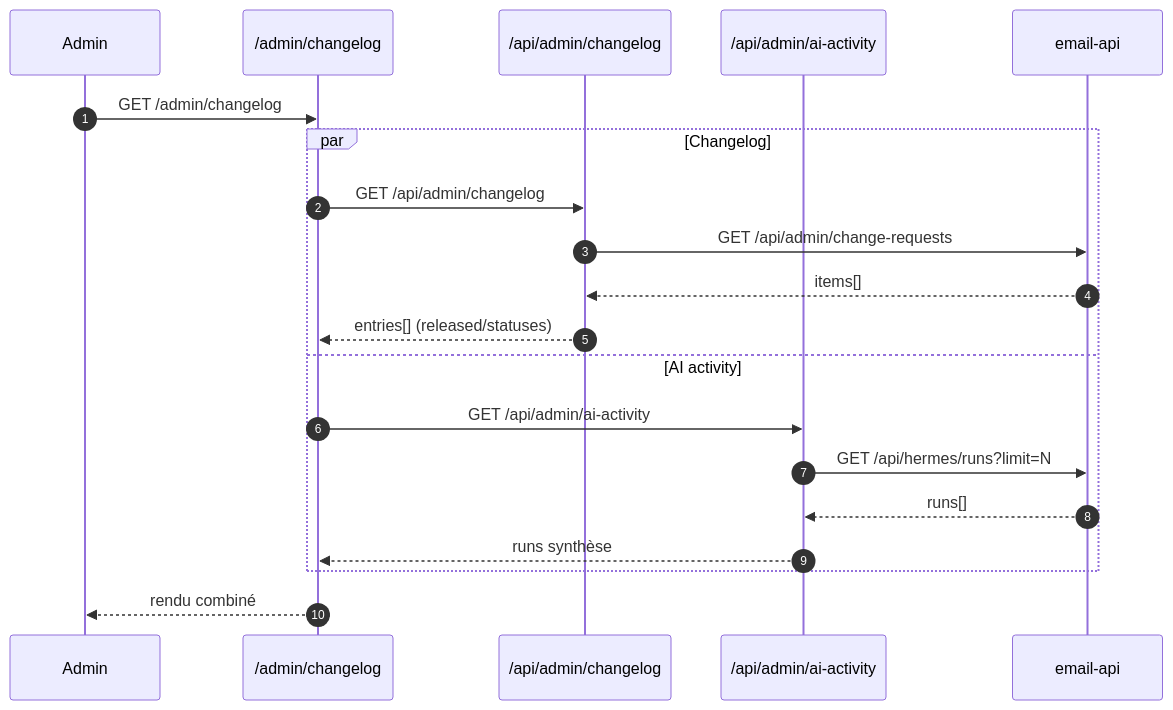
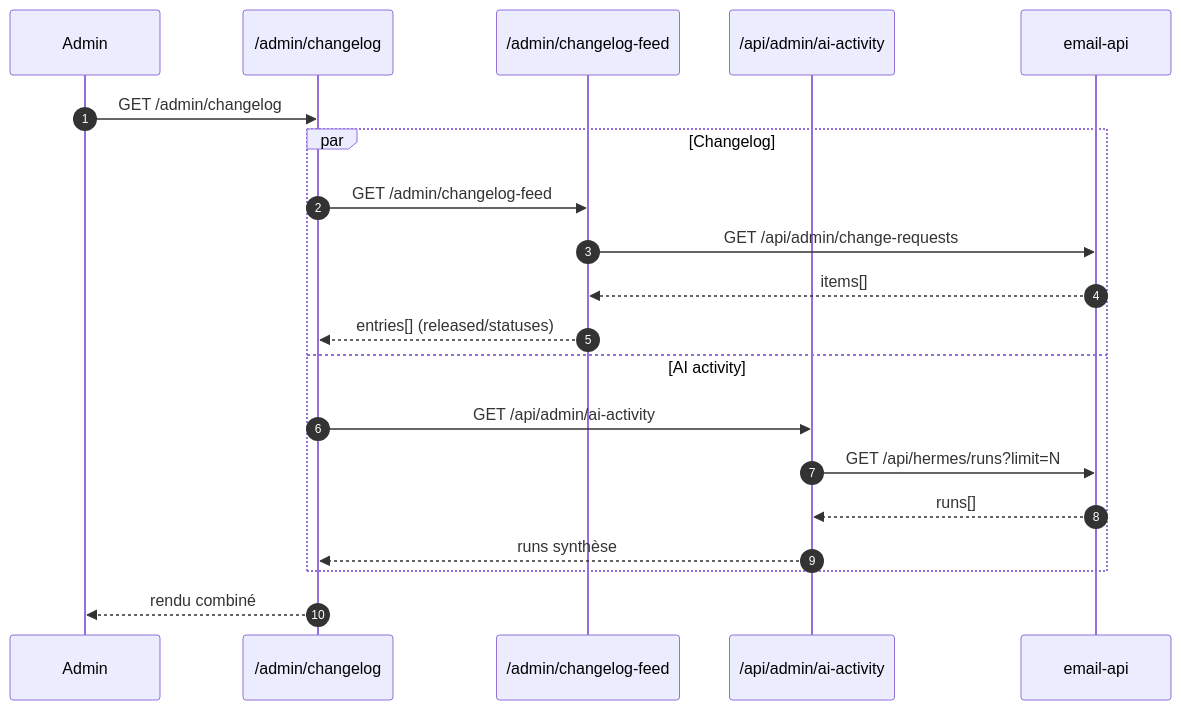
The seventh of 7 diagrams in docs/SEQUENCE-DIAGRAMS.md (canatac/misfits-web), drawn with Mermaid before and after one commit. The commit also changed 6 other files, not shown here.

Commit message:
fix(admin): harden changelog workflow links and degraded mode

````diff
--- a/docs/SEQUENCE-DIAGRAMS.md
+++ b/docs/SEQUENCE-DIAGRAMS.md
@@ -191,23 +191,23 @@
 ```mermaid
 sequenceDiagram
     autonumber
     participant Admin as Admin
     participant Page as /admin/changelog
-    participant Log as /api/admin/changelog
+    participant Log as /admin/changelog-feed
     participant AI as /api/admin/ai-activity
     participant Backend as email-api
 
     Admin->>Page: GET /admin/changelog
     par Changelog
-        Page->>Log: GET /api/admin/changelog
+        Page->>Log: GET /admin/changelog-feed
         Log->>Backend: GET /api/admin/change-requests
         Backend-->>Log: items[]
         Log-->>Page: entries[] (released/statuses)
     and AI activity
         Page->>AI: GET /api/admin/ai-activity
         AI->>Backend: GET /api/hermes/runs?limit=N
         Backend-->>AI: runs[]
         AI-->>Page: runs synthèse
     end
     Page-->>Admin: rendu combiné
 ```
````
